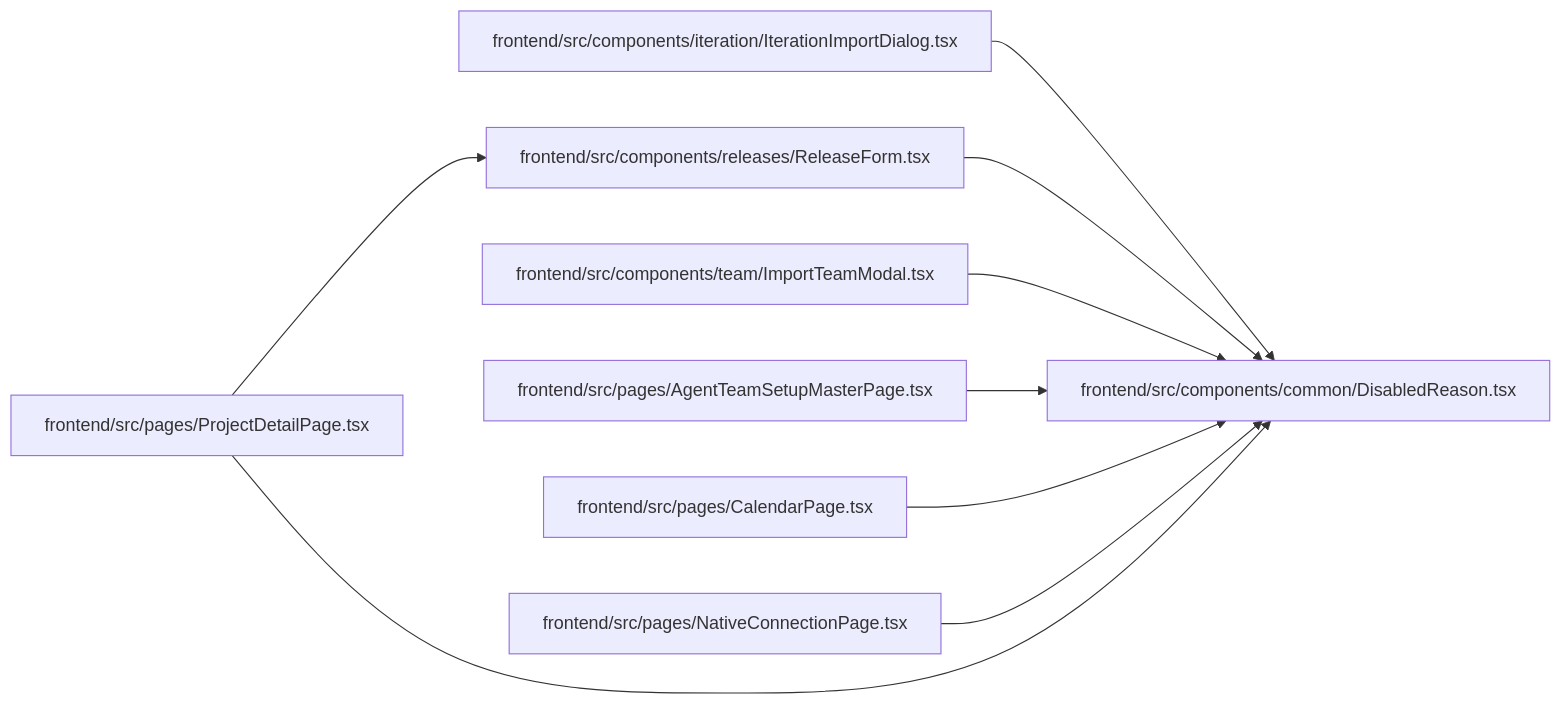
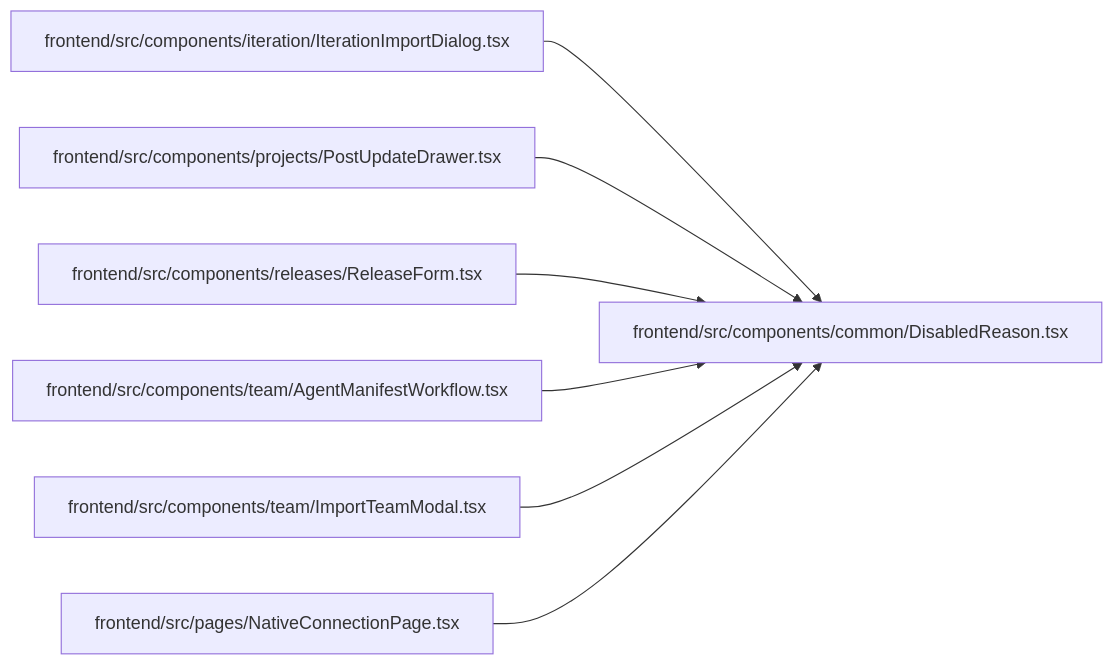
One commit to Denissvgn/WorkChord changed the diagram in docs/llm_wiki/modules/DisabledReason.md. Above: the diagram before and after it, drawn with Mermaid. The commit also changed other lines of this file and 2373 other files, not shown here.

````diff
--- a/docs/llm_wiki/modules/DisabledReason.md
+++ b/docs/llm_wiki/modules/DisabledReason.md
@@ -24,27 +24,23 @@
 ```mermaid
 flowchart LR
     n0["frontend/src/components/common/DisabledReason.tsx"]
     n1["frontend/src/components/iteration/IterationImportDialog.tsx"]
-    n2["frontend/src/components/releases/ReleaseForm.tsx"]
-    n3["frontend/src/components/team/ImportTeamModal.tsx"]
-    n4["frontend/src/pages/AgentTeamSetupMasterPage.tsx"]
-    n5["frontend/src/pages/CalendarPage.tsx"]
+    n2["frontend/src/components/projects/PostUpdateDrawer.tsx"]
+    n3["frontend/src/components/releases/ReleaseForm.tsx"]
+    n4["frontend/src/components/team/AgentManifestWorkflow.tsx"]
+    n5["frontend/src/components/team/ImportTeamModal.tsx"]
     n6["frontend/src/pages/NativeConnectionPage.tsx"]
-    n7["frontend/src/pages/ProjectDetailPage.tsx"]
     n1 --> n0
     n2 --> n0
     n3 --> n0
     n4 --> n0
     n5 --> n0
     n6 --> n0
-    n7 --> n0
-    n7 --> n2
     click n0 "../modules/DisabledReason.md"
     click n1 "../modules/IterationImportDialog.md"
-    click n2 "../modules/ReleaseForm.md"
-    click n3 "../modules/ImportTeamModal.md"
-    click n4 "../modules/AgentTeamSetupMasterPage.md"
-    click n5 "../modules/CalendarPage.md"
+    click n2 "../modules/PostUpdateDrawer.md"
+    click n3 "../modules/ReleaseForm.md"
+    click n4 "../modules/AgentManifestWorkflow.md"
+    click n5 "../modules/ImportTeamModal.md"
     click n6 "../modules/NativeConnectionPage.md"
-    click n7 "../modules/ProjectDetailPage.md"
 ```
````
